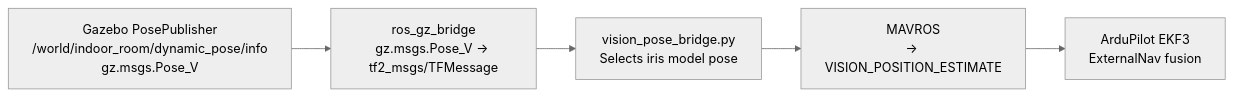
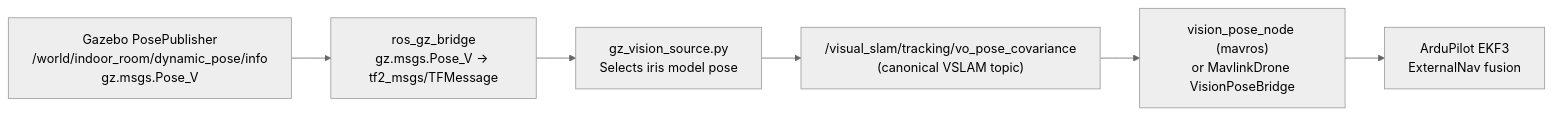
One commit to Black-Bee-Drones/nectar-sdk changed the second of 2 diagrams in nectar/simulation/README.md. Above: the diagram before and after it, drawn with Mermaid (neutral theme). The commit also changed other lines of this file and 11 other files, not shown here.

````diff
--- a/nectar/simulation/README.md
+++ b/nectar/simulation/README.md
@@ -281,10 +275,11 @@
 ```mermaid
 flowchart LR
     GzPose["Gazebo PosePublisher<br/>/world/indoor_room/dynamic_pose/info<br/>gz.msgs.Pose_V"]
     Bridge["ros_gz_bridge<br/>gz.msgs.Pose_V → tf2_msgs/TFMessage"]
-    VPB["vision_pose_bridge.py<br/>Selects iris model pose"]
-    MAVROS["MAVROS<br/>→ VISION_POSITION_ESTIMATE"]
-    EKF["ArduPilot EKF3<br/>ExternalNav fusion"]
+    VPB["gz_vision_source.py<br/>Selects iris model pose"]
+    Topic["/visual_slam/tracking/vo_pose_covariance<br/>(canonical VSLAM topic)"]
+    VPN["vision_pose_node (mavros)<br/>or MavlinkDrone VisionPoseBridge"]
+    FCU["ArduPilot EKF3<br/>ExternalNav fusion"]
 
-    GzPose --> Bridge --> VPB --> MAVROS --> EKF
+    GzPose --> Bridge --> VPB --> Topic --> VPN --> FCU
 ```
````
